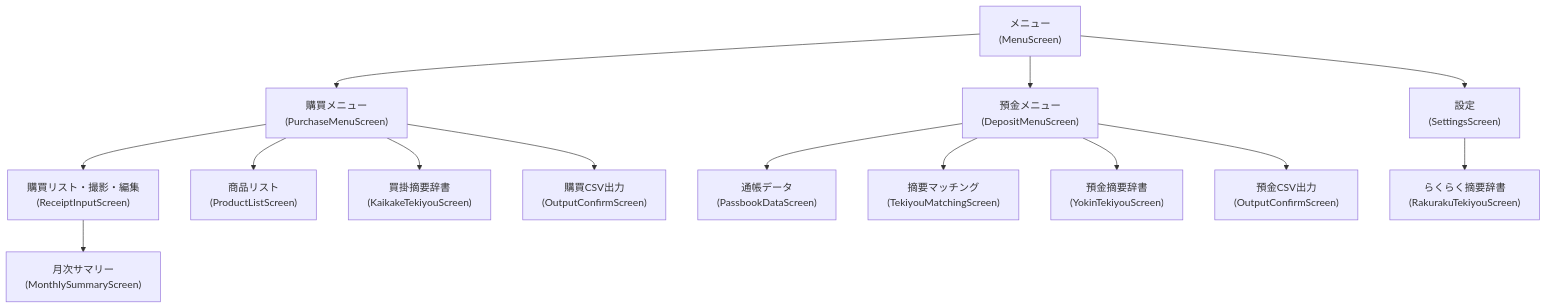
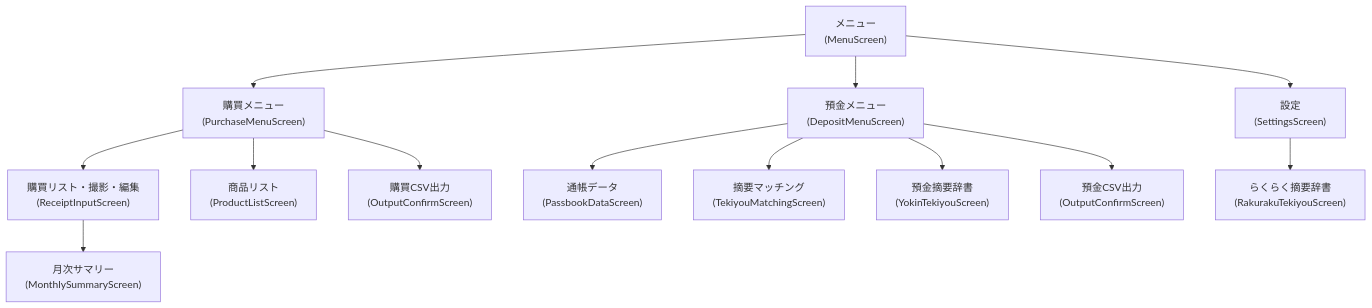
One commit to toshi859sti/ReceiptOCR changed the first of 2 diagrams in docs/functional-design.md. Above: the diagram before and after it, drawn with Mermaid. The commit also changed 4 other files, not shown here.

````diff
--- a/docs/functional-design.md
+++ b/docs/functional-design.md
@@ -5,35 +5,33 @@
 ```mermaid
 flowchart TD
     Menu["メニュー\n(MenuScreen)"]
     PurchaseMenu["購買メニュー\n(PurchaseMenuScreen)"]
     DepositMenu["預金メニュー\n(DepositMenuScreen)"]
     ReceiptInput["購買リスト・撮影・編集\n(ReceiptInputScreen)"]
     MonthlySummary["月次サマリー\n(MonthlySummaryScreen)"]
     ProductList["商品リスト\n(ProductListScreen)"]
-    KaikakeTekiyou["買掛摘要辞書\n(KaikakeTekiyouScreen)"]
     PurchaseOutputConfirm["購買CSV出力\n(OutputConfirmScreen)"]
     PassbookData["通帳データ\n(PassbookDataScreen)"]
     TekiyouMatching["摘要マッチング\n(TekiyouMatchingScreen)"]
     YokinTekiyou["預金摘要辞書\n(YokinTekiyouScreen)"]
     DepositOutputConfirm["預金CSV出力\n(OutputConfirmScreen)"]
     Settings["設定\n(SettingsScreen)"]
     RakurakuTekiyou["らくらく摘要辞書\n(RakurakuTekiyouScreen)"]
 
     Menu --> PurchaseMenu
     Menu --> DepositMenu
     Menu --> Settings
 
     PurchaseMenu --> ReceiptInput
     PurchaseMenu --> ProductList
-    PurchaseMenu --> KaikakeTekiyou
     PurchaseMenu --> PurchaseOutputConfirm
 
     ReceiptInput --> MonthlySummary
 
     DepositMenu --> PassbookData
     DepositMenu --> TekiyouMatching
     DepositMenu --> YokinTekiyou
     DepositMenu --> DepositOutputConfirm
 
     Settings --> RakurakuTekiyou
 ```
````
